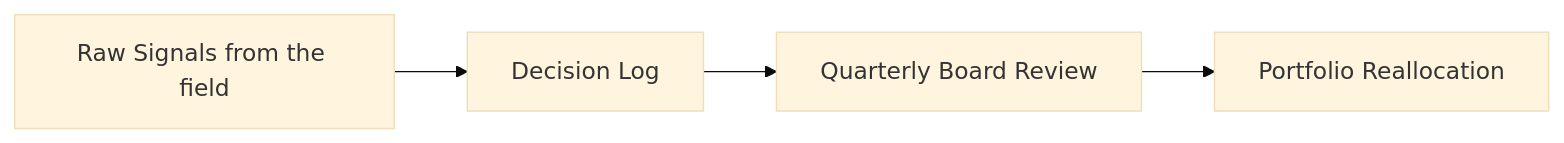
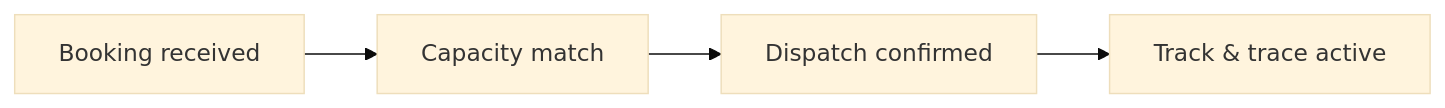
One commit to Laticent/lattice changed the seventh of 7 diagrams in examples/mermaid-sketch-labels.md. Above: the diagram before and after it, drawn with Mermaid (base theme). The commit also changed other lines of this file and 4 other files, not shown here.

First line of the commit message:
diagram(mermaid): fail a render that produced no SVG, and rebuild the demo deck real

````diff
--- a/examples/mermaid-sketch-labels.md
+++ b/examples/mermaid-sketch-labels.md
@@ -27,6 +188,6 @@
 ```mermaid
 flowchart LR
-  A["Raw Signals from the field"] --> B["Decision Log"]
-  B --> C["Quarterly Board Review"]
-  C --> D["Portfolio Reallocation"]
+  A["Booking received"] --> B["Capacity match"]
+  B --> C["Dispatch confirmed"]
+  C --> D["Track & trace active"]
 ```
````
